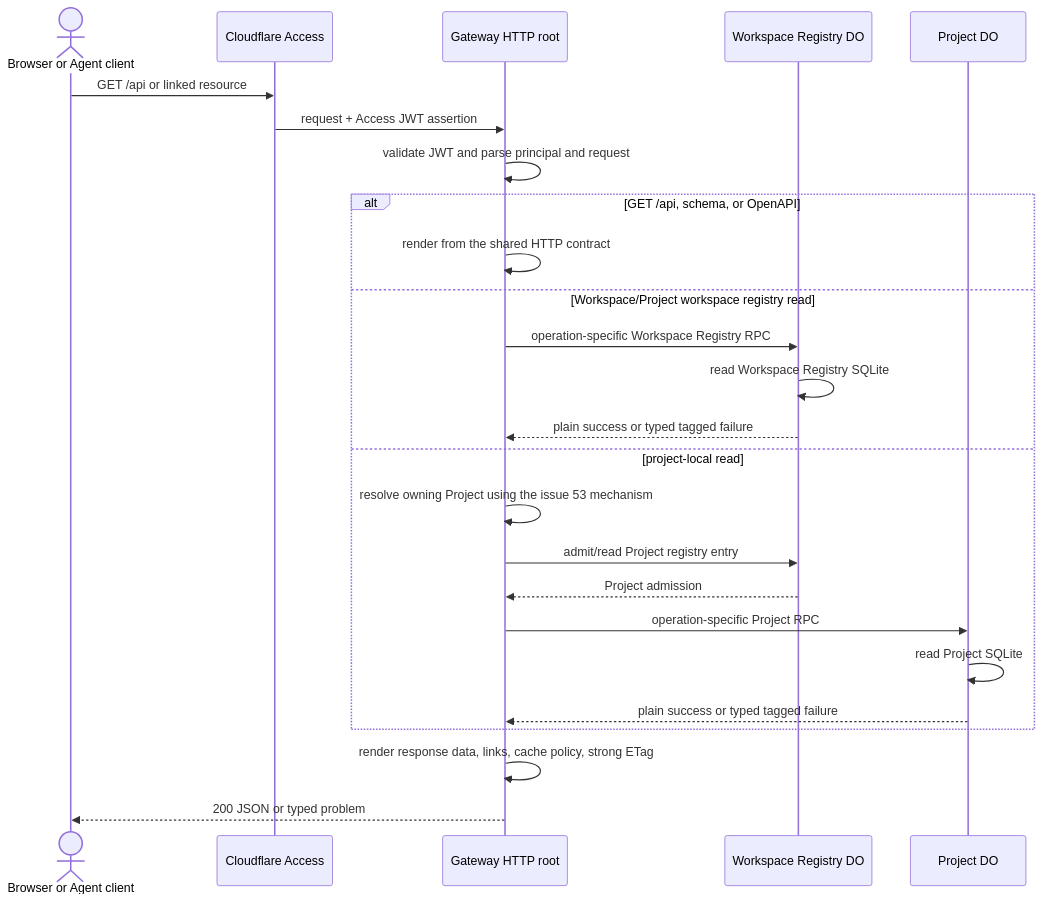
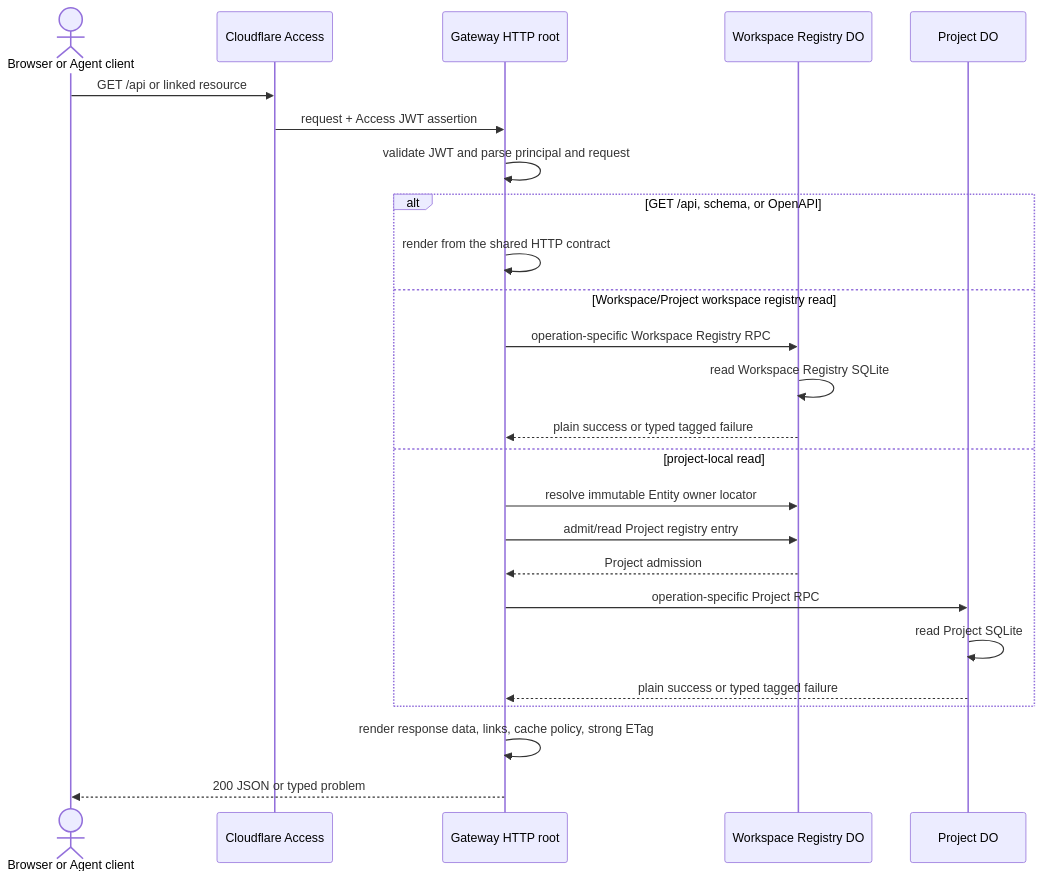
The second of 6 diagrams in docs/adr/0001-mvp-system-architecture.md (dmmulroy/overseer), drawn with Mermaid before and after one commit. The commit also changed other lines of this file and 41 other files, not shown here.

````diff
--- a/docs/adr/0001-mvp-system-architecture.md
+++ b/docs/adr/0001-mvp-system-architecture.md
@@ -124,28 +122,28 @@
 ```mermaid
 sequenceDiagram
   actor C as Browser or Agent client
   participant A as Cloudflare Access
   participant G as Gateway HTTP root
   participant CDO as Workspace Registry DO
   participant PDO as Project DO
 
   C->>A: GET /api or linked resource
   A->>G: request + Access JWT assertion
   G->>G: validate JWT and parse principal and request
   alt GET /api, schema, or OpenAPI
     G->>G: render from the shared HTTP contract
   else Workspace/Project workspace registry read
     G->>CDO: operation-specific Workspace Registry RPC
     CDO->>CDO: read Workspace Registry SQLite
     CDO-->>G: plain success or typed tagged failure
   else project-local read
-    G->>G: resolve owning Project using the issue 53 mechanism
+    G->>CDO: resolve immutable Entity owner locator
     G->>CDO: admit/read Project registry entry
     CDO-->>G: Project admission
     G->>PDO: operation-specific Project RPC
     PDO->>PDO: read Project SQLite
     PDO-->>G: plain success or typed tagged failure
   end
   G->>G: render response data, links, cache policy, strong ETag
   G-->>C: 200 JSON or typed problem
 ```
````
